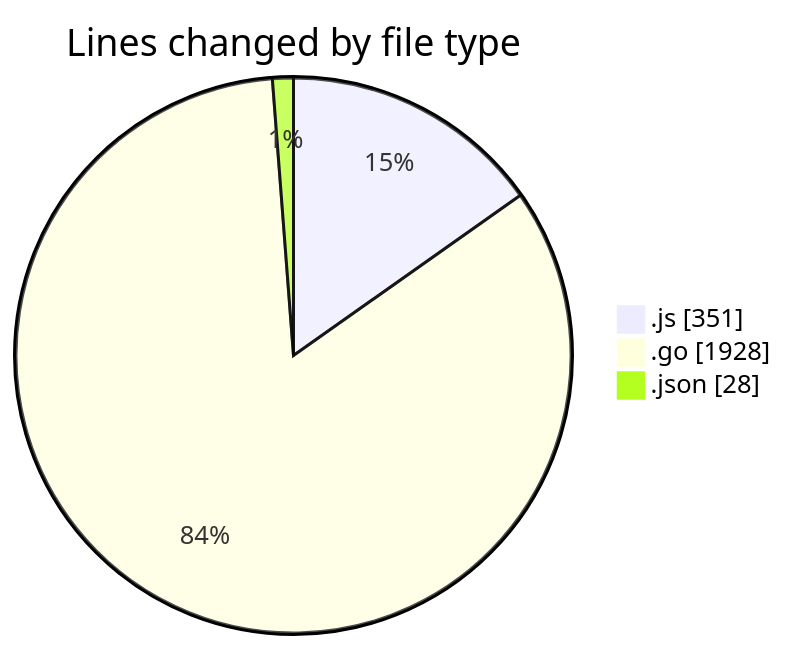
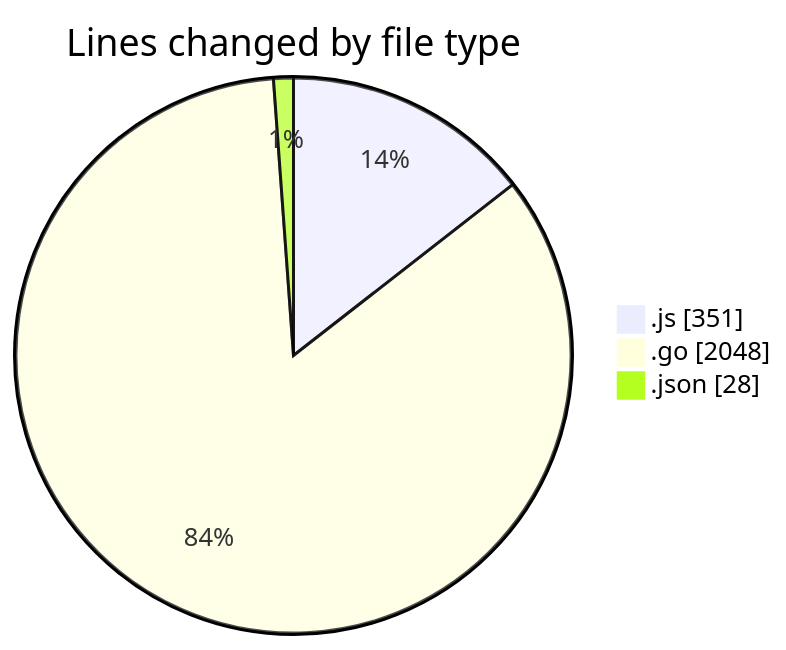
One commit to robertbonfada/code-tracking changed the first of 2 diagrams in 2025-03-04/simulador-serial/README.md. Above: the diagram before and after it, drawn with Mermaid. The commit also changed other lines of this file and 1 other file, not shown here.

````diff
--- a/2025-03-04/simulador-serial/README.md
+++ b/2025-03-04/simulador-serial/README.md
@@ -27,7 +27,7 @@
 ```mermaid
 pie showData
 title Lines changed by file type
 ".js" : 351
-".go" : 1928
+".go" : 2048
 ".json" : 28
 ```
````
